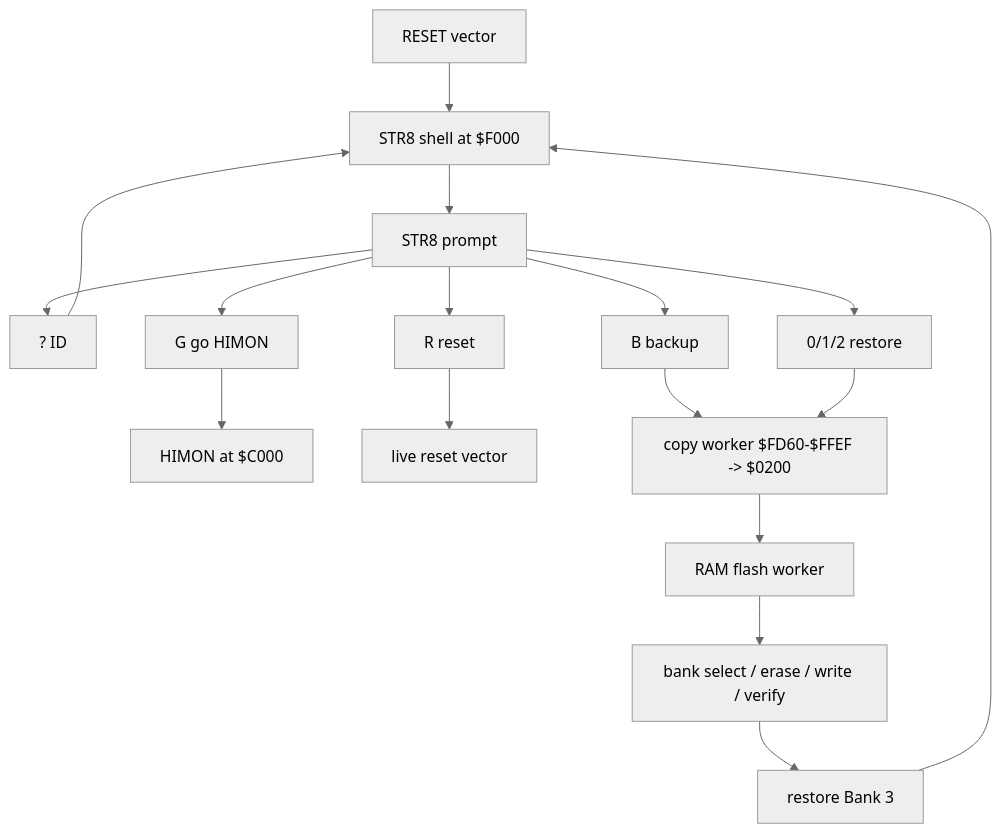
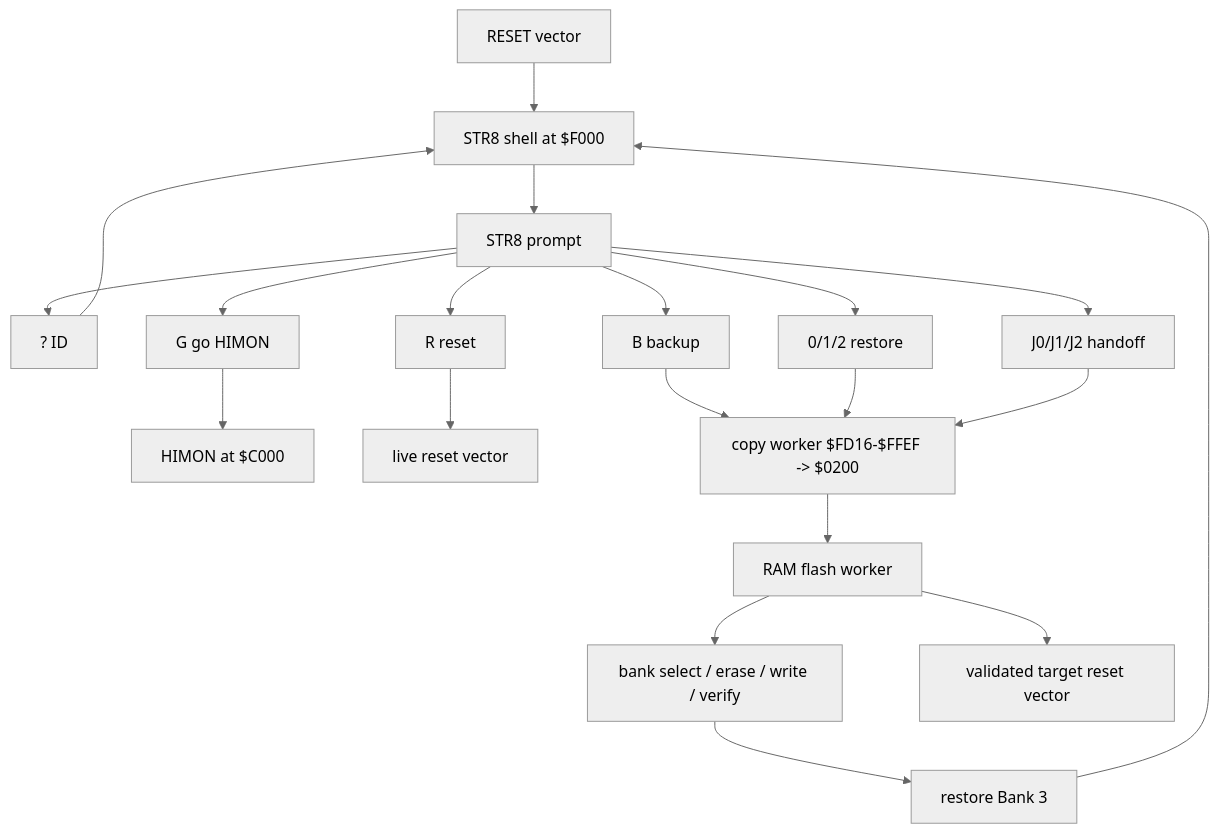
The fourth of 5 diagrams in DOC/GUIDES/STR8/STR8.md (95westus/R-YORS), drawn with Mermaid (neutral theme) before and after one commit. The commit also changed other lines of this file and 59 other files, not shown here.

````diff
--- a/DOC/GUIDES/STR8/STR8.md
+++ b/DOC/GUIDES/STR8/STR8.md
@@ -604,23 +625,26 @@
 ```mermaid
 flowchart TD
     RESET[RESET vector] --> STR8[STR8 shell at $F000]
     STR8 --> PROMPT[STR8 prompt]
 
     PROMPT --> Q[? ID]
     PROMPT --> B[B backup]
     PROMPT --> RST[0/1/2 restore]
+    PROMPT --> J[J0/J1/J2 handoff]
     PROMPT --> G[G go HIMON]
     PROMPT --> R[R reset]
 
     G --> HIMON[HIMON at $C000]
     R --> RESETV[live reset vector]
 
-    B --> COPY[copy worker $FD60-$FFEF -> $0200]
+    B --> COPY[copy worker $FD16-$FFEF -> $0200]
     RST --> COPY
+    J --> COPY
     COPY --> WORKER[RAM flash worker]
     WORKER --> FLASH[bank select / erase / write / verify]
     FLASH --> BANK3[restore Bank 3]
     BANK3 --> STR8
+    WORKER --> GUEST[validated target reset vector]
 
     Q --> STR8
 ```
````
